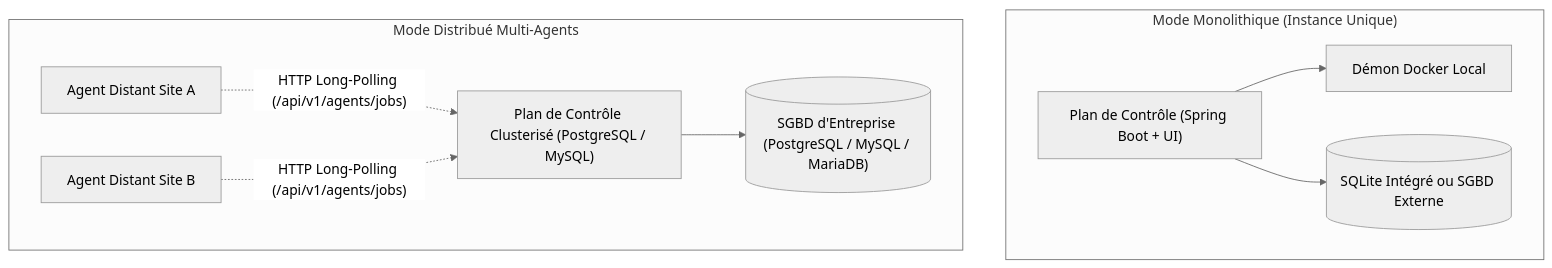
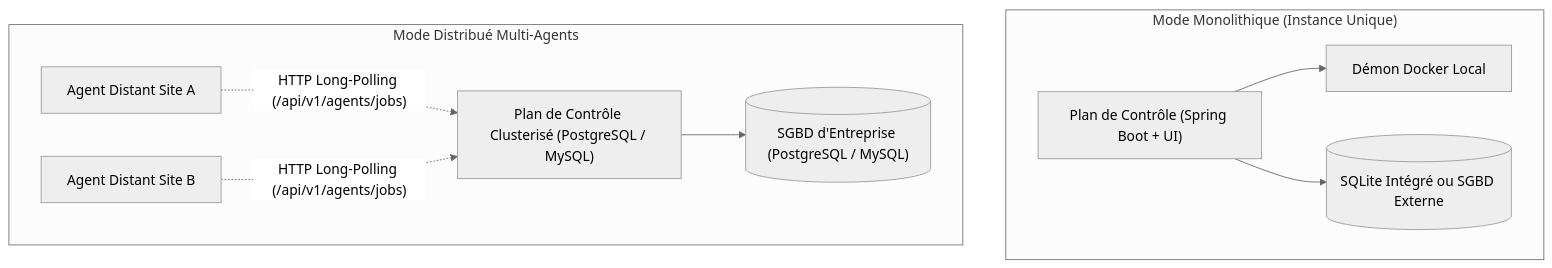
One commit to asmolabs/vectispire changed the diagram in docs/architecture/bflorat/fr/04_vue_infrastructure.md. Above: the diagram before and after it, drawn with Mermaid (neutral theme). The commit also changed other lines of this file and 59 other files, not shown here.

````diff
--- a/docs/architecture/bflorat/fr/04_vue_infrastructure.md
+++ b/docs/architecture/bflorat/fr/04_vue_infrastructure.md
@@ -13,21 +13,21 @@
 ```mermaid
 flowchart TB
     subgraph Mono["Mode Monolithique (Instance Unique)"]
         Ctrl1["Plan de Contrôle (Spring Boot + UI)"]
         Docker1["Démon Docker Local"]
         DB1[("SQLite Intégré ou SGBD Externe")]
         Ctrl1 --> Docker1
         Ctrl1 --> DB1
     end
 
     subgraph Dist["Mode Distribué Multi-Agents"]
         Ctrl2["Plan de Contrôle Clusterisé (PostgreSQL / MySQL)"]
-        DB2[("SGBD d'Entreprise (PostgreSQL / MySQL / MariaDB)")]
+        DB2[("SGBD d'Entreprise (PostgreSQL / MySQL)")]
         AgentA["Agent Distant Site A"]
         AgentB["Agent Distant Site B"]
         
         Ctrl2 --> DB2
         AgentA -.->|"HTTP Long-Polling (/api/v1/agents/jobs)"| Ctrl2
         AgentB -.->|"HTTP Long-Polling (/api/v1/agents/jobs)"| Ctrl2
     end
 ```
````
